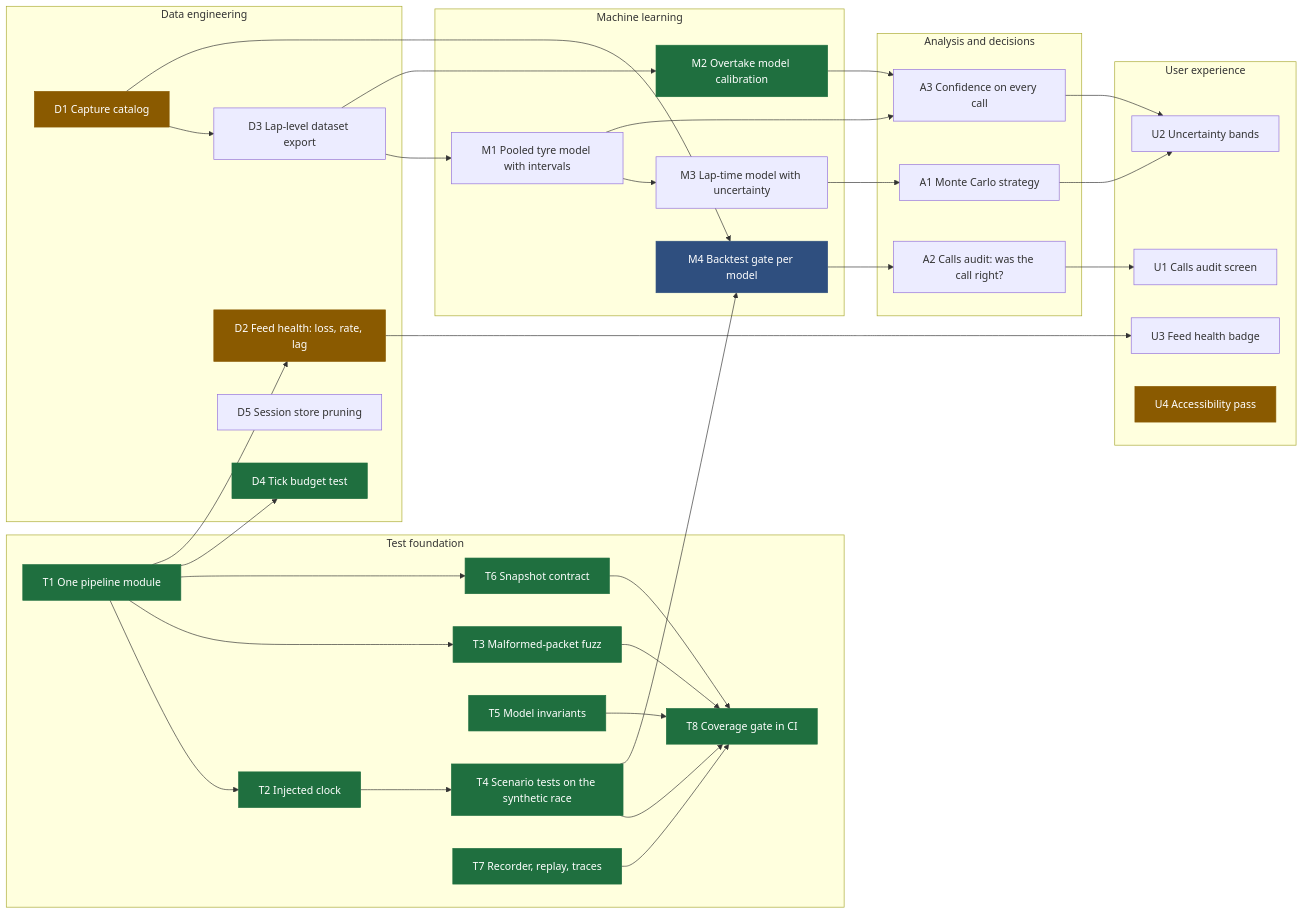
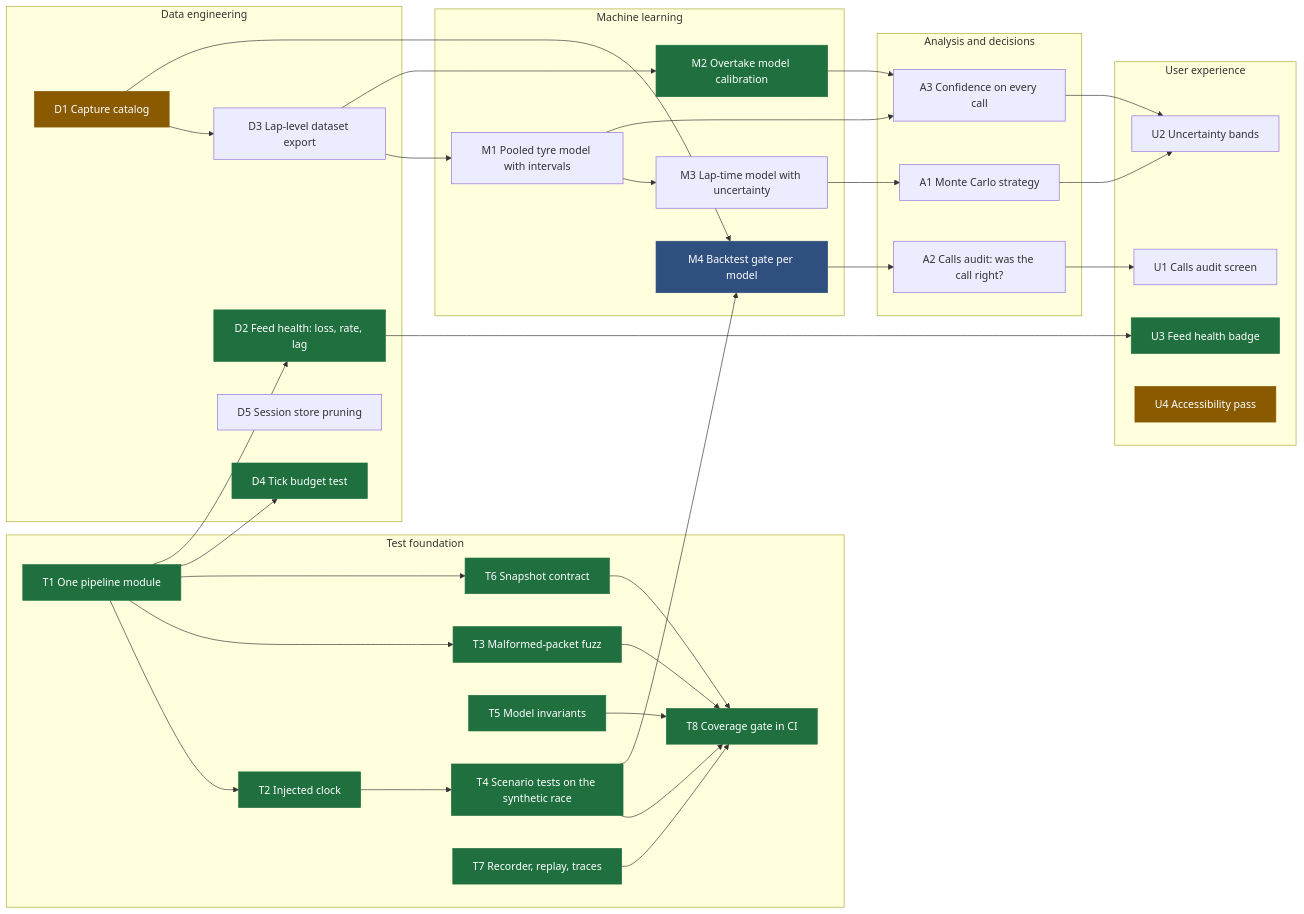
Before and after one commit to srikarnadella/f1-race-engineer: the diagram in docs/roadmap.md, drawn with Mermaid. The commit also changed other lines of this file and 8 other files, not shown here.

First line of the commit message:
Feed health (roadmap D2, U3): packet rate and loss over the last 10 s, in the snapshot, the capture report and the dashboard's link chip

````diff
--- a/docs/roadmap.md
+++ b/docs/roadmap.md
@@ -8,54 +8,54 @@
 ```mermaid
 flowchart LR
   classDef done fill:#1f6f3f,color:#fff,stroke:#1f6f3f
   classDef next fill:#8a5a00,color:#fff,stroke:#8a5a00
   classDef part fill:#2f4f7f,color:#fff,stroke:#2f4f7f
 
   subgraph T[Test foundation]
     T1[T1 One pipeline module]:::done
     T2[T2 Injected clock]:::done
     T3[T3 Malformed-packet fuzz]:::done
     T4[T4 Scenario tests on the synthetic race]:::done
     T5[T5 Model invariants]:::done
     T6[T6 Snapshot contract]:::done
     T7[T7 Recorder, replay, traces]:::done
     T8[T8 Coverage gate in CI]:::done
   end
   subgraph D[Data engineering]
     D1[D1 Capture catalog]:::next
-    D2[D2 Feed health: loss, rate, lag]:::next
+    D2[D2 Feed health: loss, rate, lag]:::done
     D3[D3 Lap-level dataset export]
     D4[D4 Tick budget test]:::done
     D5[D5 Session store pruning]
   end
   subgraph M[Machine learning]
     M1[M1 Pooled tyre model with intervals]
     M2[M2 Overtake model calibration]:::done
     M3[M3 Lap-time model with uncertainty]
     M4[M4 Backtest gate per model]:::part
   end
   subgraph A[Analysis and decisions]
     A1[A1 Monte Carlo strategy]
     A2[A2 Calls audit: was the call right?]
     A3[A3 Confidence on every call]
   end
   subgraph U[User experience]
     U1[U1 Calls audit screen]
     U2[U2 Uncertainty bands]
-    U3[U3 Feed health badge]
+    U3[U3 Feed health badge]:::done
     U4[U4 Accessibility pass]:::next
   end
 
   T1 --> T2 --> T4
   T1 --> T3
   T1 --> T6
   T1 --> D4
   T3 & T4 & T5 & T6 & T7 --> T8
   T1 --> D2 --> U3
   D1 --> D3
   D3 --> M1 & M2
   M1 --> M3 --> A1
   D1 & T4 --> M4 --> A2 --> U1
   M1 & M2 --> A3 --> U2
   A1 --> U2
 ```
````
